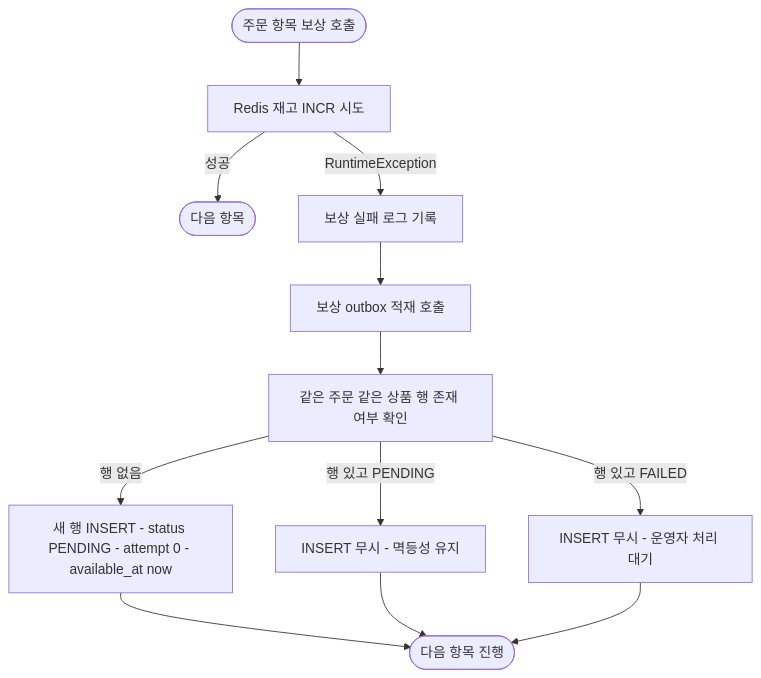
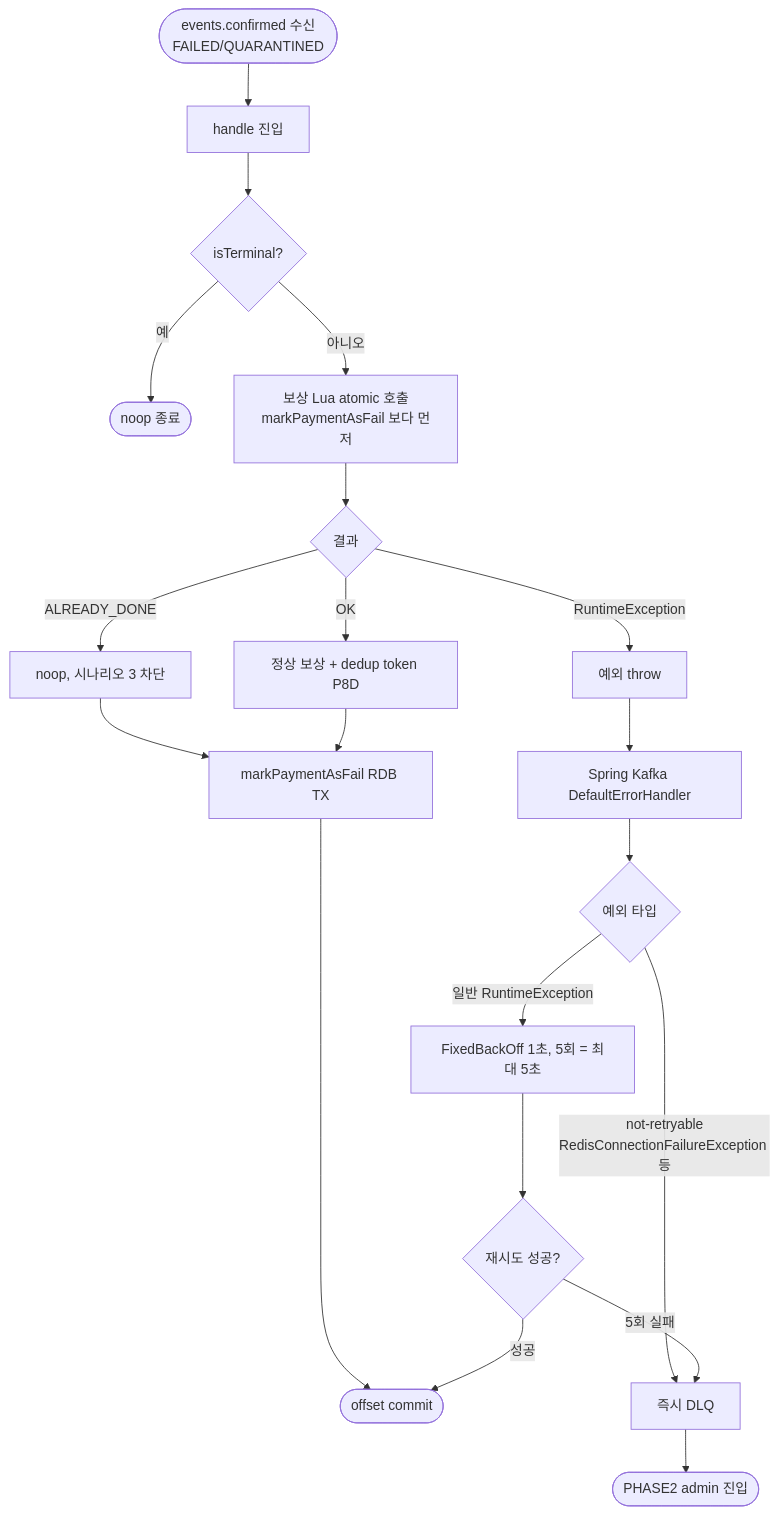
One commit to hyoguoo/payment-platform changed the fifth of 5 diagrams in docs/topics/STOCK-COMPENSATION-RECOVERY.md. Above: the diagram before and after it, drawn with Mermaid. The commit also changed other lines of this file and 1 other file, not shown here.

Commit message:
docs(stock-compensation-recovery): Round 7 — Candidate D 폐기, Lua atomic + Kafka native + dedupe lease 제거 채택

````diff
--- a/docs/topics/STOCK-COMPENSATION-RECOVERY.md
+++ b/docs/topics/STOCK-COMPENSATION-RECOVERY.md
@@ -180,14 +173,24 @@
 ```mermaid
 flowchart TD
-    A([주문 항목 보상 호출]) --> B[Redis 재고 INCR 시도]
-    B -->|성공| C([다음 항목])
-    B -->|RuntimeException| D[보상 실패 로그 기록]
-    D --> E[보상 outbox 적재 호출]
-    E --> F[같은 주문 같은 상품 행 존재 여부 확인]
-    F -->|행 없음| G[새 행 INSERT - status PENDING - attempt 0 - available_at now]
-    F -->|행 있고 PENDING| H[INSERT 무시 - 멱등성 유지]
-    F -->|행 있고 FAILED| I[INSERT 무시 - 운영자 처리 대기]
-    G --> J([다음 항목 진행])
-    H --> J
-    I --> J
+    A([events.confirmed 수신<br/>FAILED/QUARANTINED]) --> B[handle 진입]
+    B --> C{isTerminal?}
+    C -->|예| Z1([noop 종료])
+    C -->|아니오| D["보상 Lua atomic 호출<br/>markPaymentAsFail 보다 먼저"]
+    D --> E{결과}
+    E -->|ALREADY_DONE| F["noop, 시나리오 3 차단"]
+    E -->|OK| G[정상 보상 + dedup token P8D]
+    E -->|RuntimeException| H[예외 throw]
+
+    F --> I[markPaymentAsFail RDB TX]
+    G --> I
+    I --> J([offset commit])
+
+    H --> K[Spring Kafka DefaultErrorHandler]
+    K --> L{예외 타입}
+    L -->|not-retryable<br/>RedisConnectionFailureException 등| N[즉시 DLQ]
+    L -->|일반 RuntimeException| M["FixedBackOff 1초, 5회 = 최대 5초"]
+    M --> O{재시도 성공?}
+    O -->|성공| J
+    O -->|5회 실패| N
+    N --> P([PHASE2 admin 진입])
 ```
````
